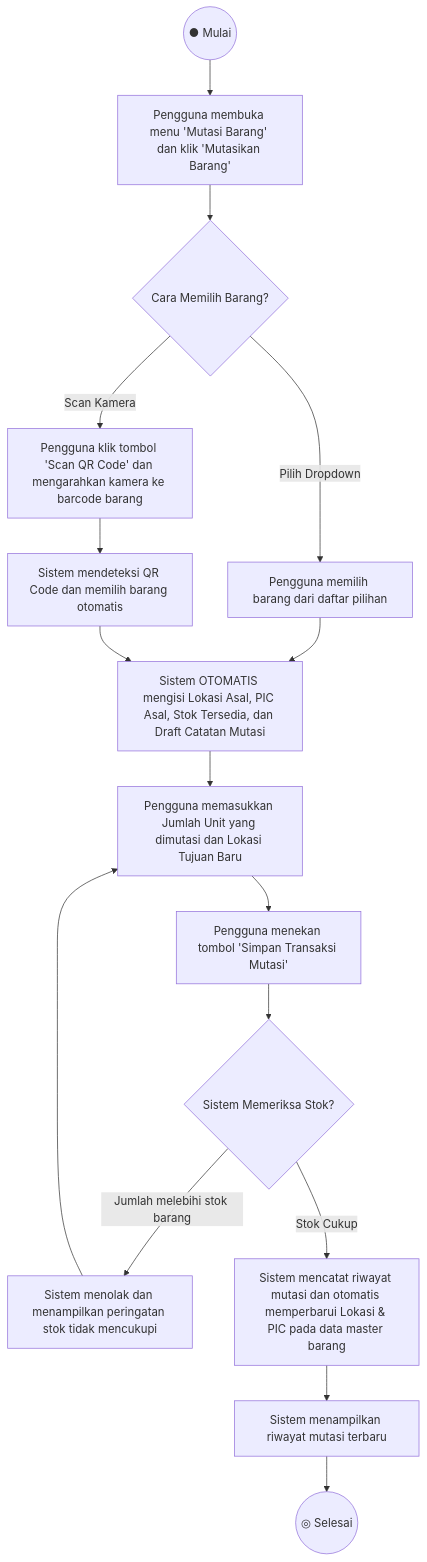
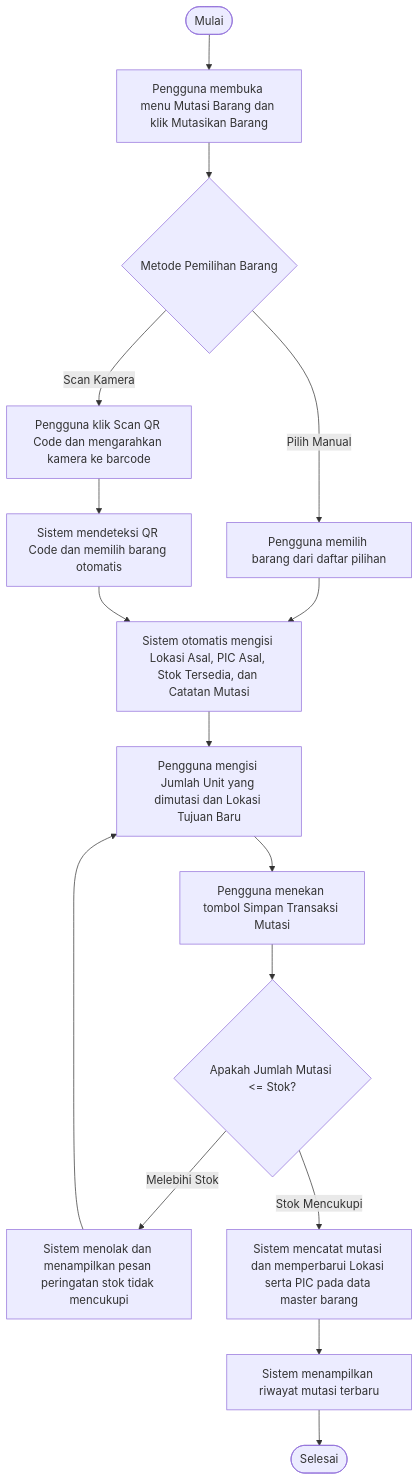
One commit to dimasdekka/inventory-manajement-yintong changed the fourth of 11 diagrams in DOKUMENTASI_UML_LENGKAP.md. Above: the diagram before and after it, drawn with Mermaid. The commit also changed other lines of this file, not shown here.

Commit message:
docs: clean UML documentation without icons and add draw.io XML model

````diff
--- a/DOKUMENTASI_UML_LENGKAP.md
+++ b/DOKUMENTASI_UML_LENGKAP.md
@@ -139,23 +319,23 @@
 ```mermaid
 flowchart TD
-    Start((● Mulai)) --> C1[Pengguna membuka menu 'Mutasi Barang' dan klik 'Mutasikan Barang']
-    C1 --> C2{Cara Memilih Barang?}
+    Start([Mulai]) --> C1[Pengguna membuka menu Mutasi Barang dan klik Mutasikan Barang]
+    C1 --> C2{Metode Pemilihan Barang}
     
-    C2 -- "Pilih Dropdown" --> C3[Pengguna memilih barang dari daftar pilihan]
-    C2 -- "Scan Kamera" --> C4[Pengguna klik tombol 'Scan QR Code' dan mengarahkan kamera ke barcode barang]
+    C2 -- Pilih Manual --> C3[Pengguna memilih barang dari daftar pilihan]
+    C2 -- Scan Kamera --> C4[Pengguna klik Scan QR Code dan mengarahkan kamera ke barcode]
     C4 --> C5[Sistem mendeteksi QR Code dan memilih barang otomatis]
     
-    C3 --> C6[Sistem OTOMATIS mengisi Lokasi Asal, PIC Asal, Stok Tersedia, dan Draft Catatan Mutasi]
+    C3 --> C6[Sistem otomatis mengisi Lokasi Asal, PIC Asal, Stok Tersedia, dan Catatan Mutasi]
     C5 --> C6
     
-    C6 --> C7[Pengguna memasukkan Jumlah Unit yang dimutasi dan Lokasi Tujuan Baru]
-    C7 --> C8[Pengguna menekan tombol 'Simpan Transaksi Mutasi']
-    C8 --> C9{Sistem Memeriksa Stok?}
+    C6 --> C7[Pengguna mengisi Jumlah Unit yang dimutasi dan Lokasi Tujuan Baru]
+    C7 --> C8[Pengguna menekan tombol Simpan Transaksi Mutasi]
+    C8 --> C9{Apakah Jumlah Mutasi <= Stok?}
     
-    C9 -- "Jumlah melebihi stok barang" --> C10[Sistem menolak dan menampilkan peringatan stok tidak mencukupi]
+    C9 -- Melebihi Stok --> C10[Sistem menolak dan menampilkan pesan peringatan stok tidak mencukupi]
     C10 --> C7
 
-    C9 -- "Stok Cukup" --> C11[Sistem mencatat riwayat mutasi dan otomatis memperbarui Lokasi & PIC pada data master barang]
+    C9 -- Stok Mencukupi --> C11[Sistem mencatat mutasi dan memperbarui Lokasi serta PIC pada data master barang]
     C11 --> C12[Sistem menampilkan riwayat mutasi terbaru]
-    C12 --> End((◎ Selesai))
+    C12 --> End([Selesai])
 ```
````
